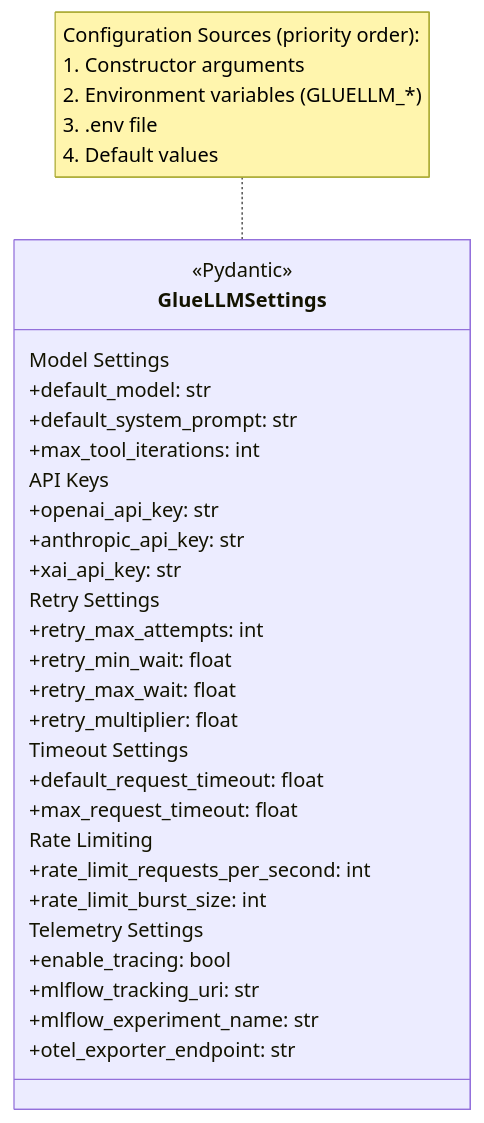
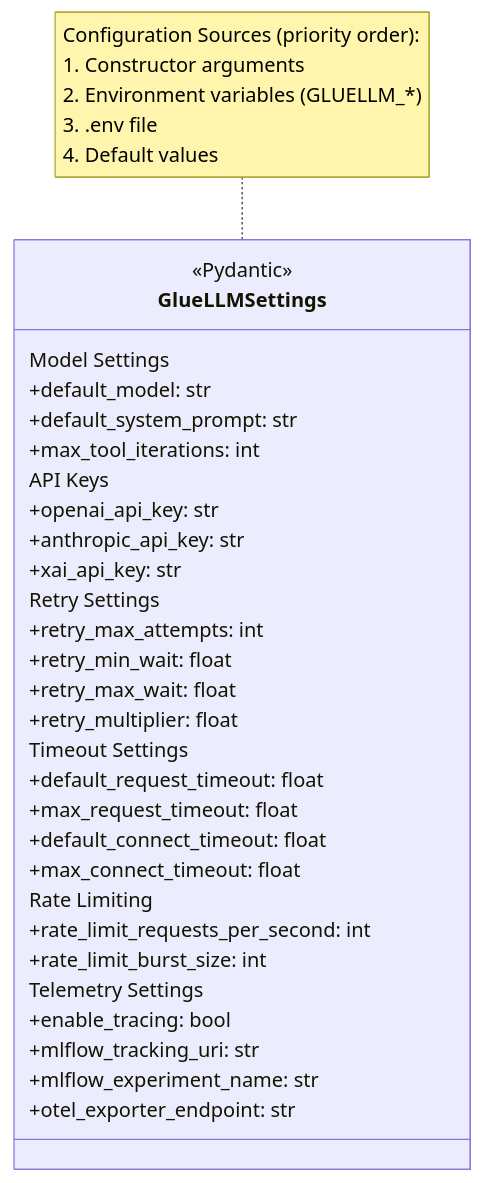
Before and after one commit to Bioto/glue-llm: diagram 11 of 12 in docs/ARCHITECTURE.md, drawn with Mermaid. The commit also changed other lines of this file and 11 other files, not shown here.

````diff
--- a/docs/ARCHITECTURE.md
+++ b/docs/ARCHITECTURE.md
@@ -363,42 +363,44 @@
 ```mermaid
 classDiagram
     class GlueLLMSettings {
         <<Pydantic>>
 
         Model Settings
         +default_model: str
         +default_system_prompt: str
         +max_tool_iterations: int
 
         API Keys
         +openai_api_key: str
         +anthropic_api_key: str
         +xai_api_key: str
 
         Retry Settings
         +retry_max_attempts: int
         +retry_min_wait: float
         +retry_max_wait: float
         +retry_multiplier: float
 
         Timeout Settings
         +default_request_timeout: float
         +max_request_timeout: float
+        +default_connect_timeout: float
+        +max_connect_timeout: float
 
         Rate Limiting
         +rate_limit_requests_per_second: int
         +rate_limit_burst_size: int
 
         Telemetry Settings
         +enable_tracing: bool
         +mlflow_tracking_uri: str
         +mlflow_experiment_name: str
         +otel_exporter_endpoint: str
     }
 
     note for GlueLLMSettings "Configuration Sources (priority order):
     1. Constructor arguments
     2. Environment variables (GLUELLM_*)
     3. .env file
     4. Default values"
 ```
````
